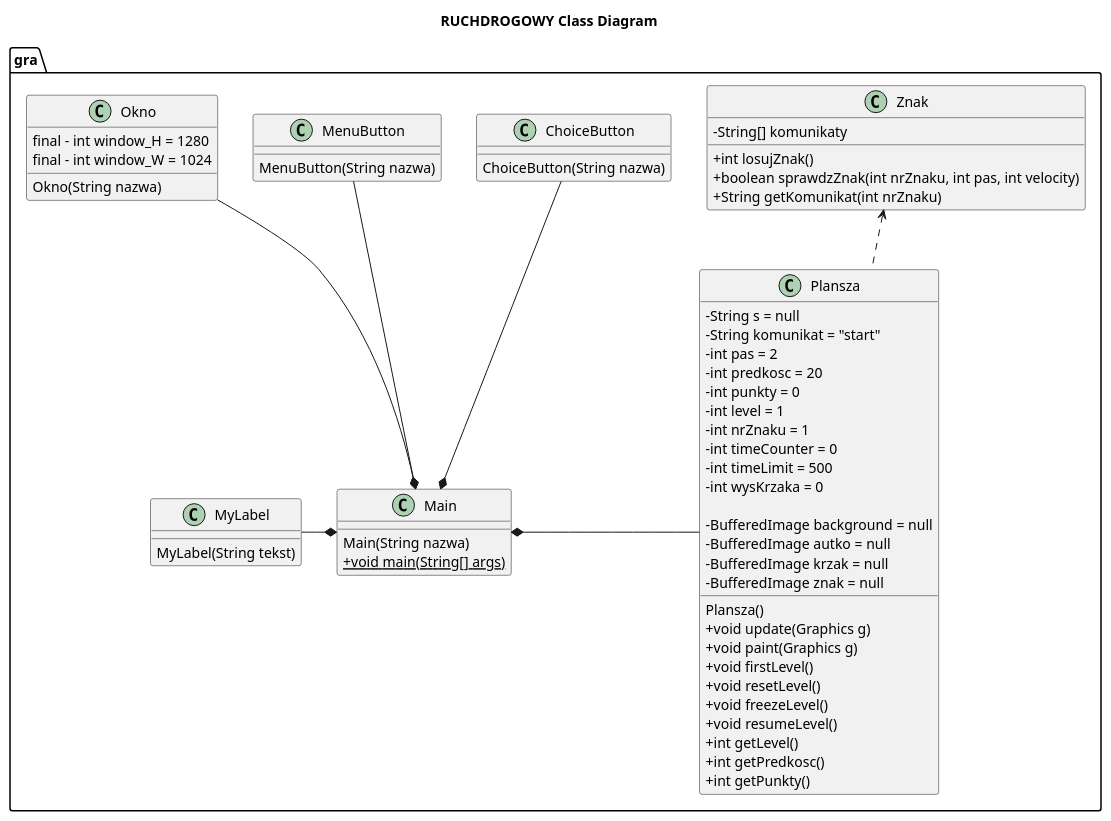
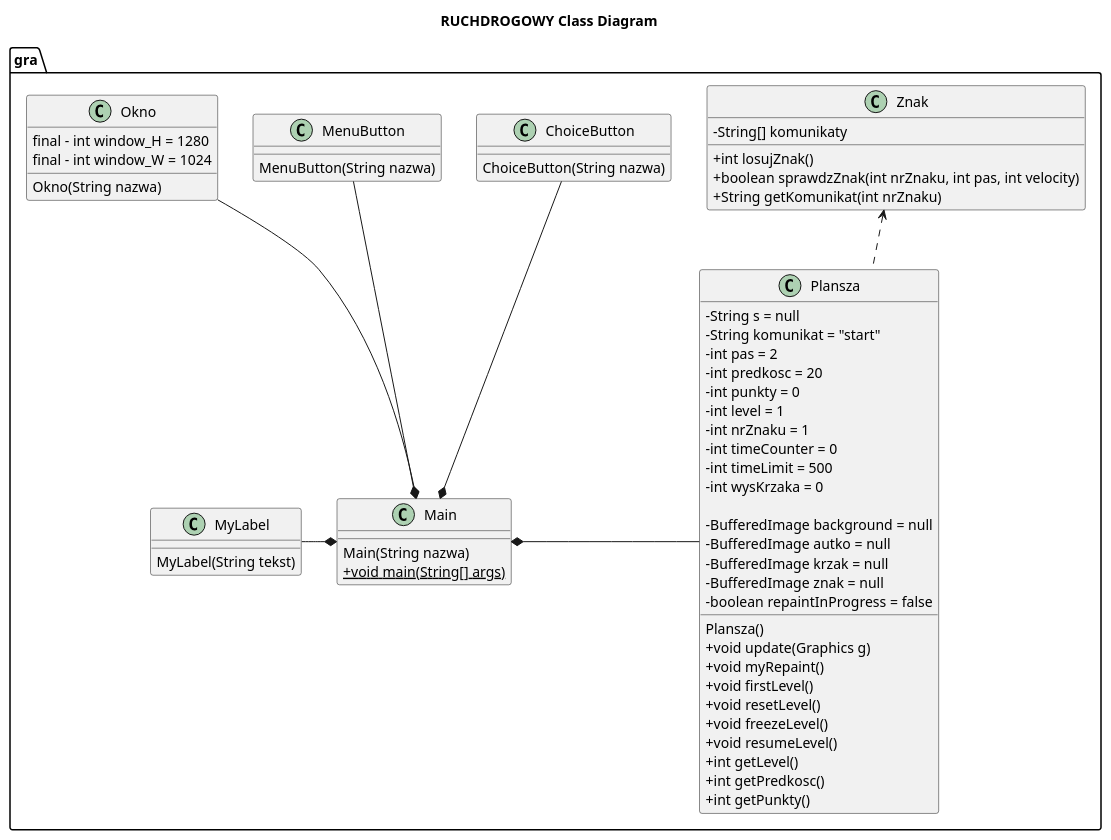
Before and after one commit to zullu14/ruchdrogowy: the diagram in ruchdrogowy.plantuml, drawn with PlantUML. The commit also changed 21 other files, not shown here.

```diff
--- a/ruchdrogowy.plantuml
+++ b/ruchdrogowy.plantuml
@@ -1,93 +1,94 @@
 @startuml
 skinparam classAttributeIconSize 0
 title RUCHDROGOWY Class Diagram
 
   package gra {
     class ChoiceButton {
         ChoiceButton(String nazwa)
     }
   }
   
 
   package gra {
     class Main {
         Main(String nazwa)
         + {static} void main(String[] args)
 
     }
   }
   
 
   package gra {
     class MenuButton {
         MenuButton(String nazwa)
     }
   }
   
 
   package gra {
     class MyLabel {
         MyLabel(String tekst)
     }
   }
   
 
   package gra {
     class Okno {
             final - int window_H = 1280
             final - int window_W = 1024
         Okno(String nazwa)
     }
   }
   
 
   package gra {
     class Plansza {
             - String s = null
             - String komunikat = "start"
             - int pas = 2
             - int predkosc = 20
             - int punkty = 0
             - int level = 1
             - int nrZnaku = 1
             - int timeCounter = 0
             - int timeLimit = 500
             - int wysKrzaka = 0
 
             - BufferedImage background = null
             - BufferedImage autko = null
             - BufferedImage krzak = null
             - BufferedImage znak = null
+            - boolean repaintInProgress = false
         Plansza()
         + void update(Graphics g)
-        + void paint(Graphics g)
+        + void myRepaint()
         + void firstLevel()
         + void resetLevel()
         + void freezeLevel()
         + void resumeLevel()
         + int getLevel()
         + int getPredkosc()
         + int getPunkty()
 
     }
   }
   
 
   package gra {
     class Znak {
             - String[] komunikaty
         + int losujZnak()
         + boolean sprawdzZnak(int nrZnaku, int pas, int velocity)
         + String getKomunikat(int nrZnaku)
     }
   }
 
   ChoiceButton -d-* Main
   MenuButton -d-* Main
   MyLabel -r-* Main
   Okno --* Main
   Plansza -left-* Main
   Plansza .up.> Znak
 
 
 @enduml
```
